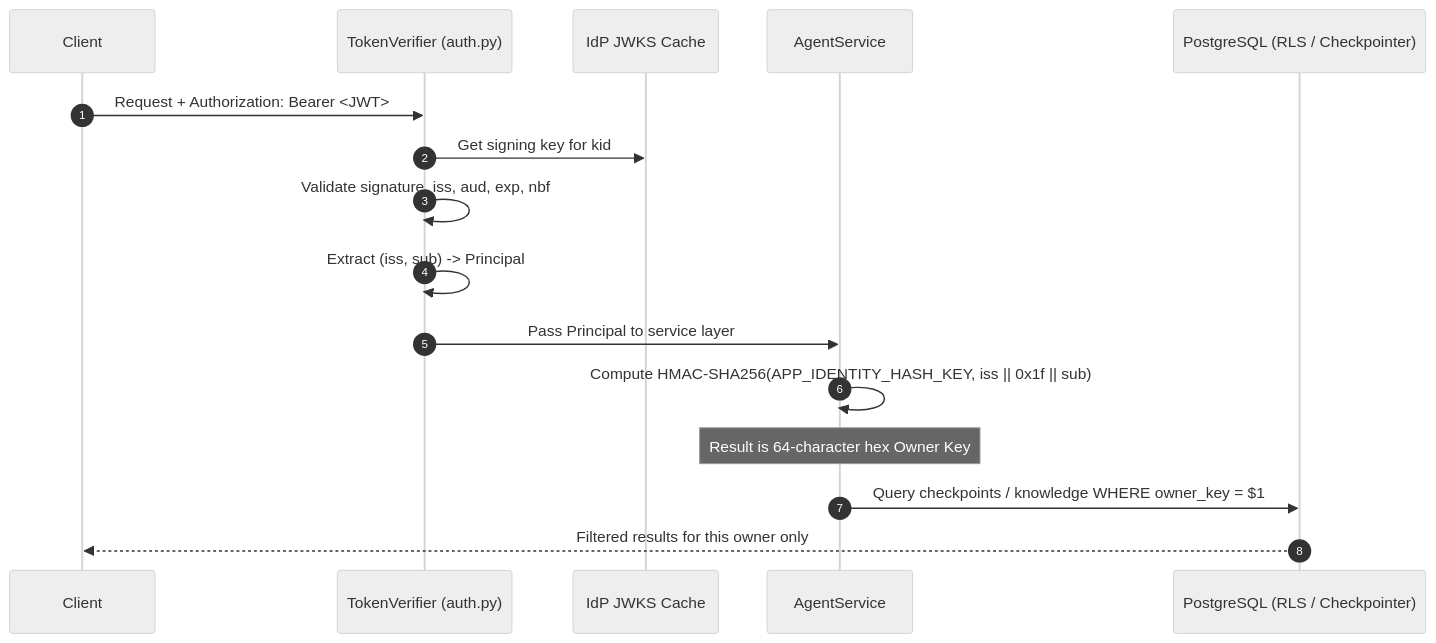
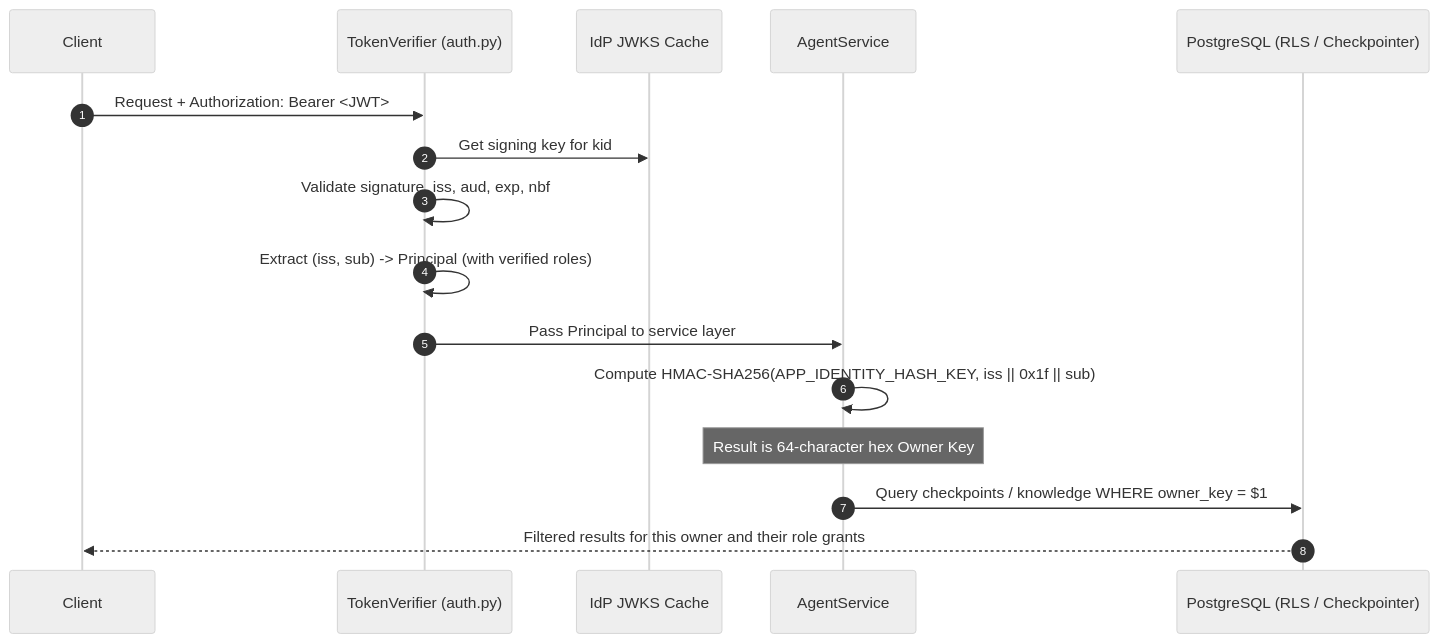
Before and after one commit to Md-Nisar/neuron: the diagram in docs/product_documentation/how-to/authentication-and-authorization.md, drawn with Mermaid (neutral theme). The commit also changed other lines of this file and 16 other files, not shown here.

````diff
--- a/docs/product_documentation/how-to/authentication-and-authorization.md
+++ b/docs/product_documentation/how-to/authentication-and-authorization.md
@@ -170,19 +182,19 @@
 ```mermaid
 sequenceDiagram
     autonumber
     participant Client
     participant TokenVerifier as TokenVerifier (auth.py)
     participant JWKS as IdP JWKS Cache
     participant Service as AgentService
     participant DB as PostgreSQL (RLS / Checkpointer)
 
     Client->>TokenVerifier: Request + Authorization: Bearer <JWT>
     TokenVerifier->>JWKS: Get signing key for kid
     TokenVerifier->>TokenVerifier: Validate signature, iss, aud, exp, nbf
-    TokenVerifier->>TokenVerifier: Extract (iss, sub) -> Principal
+    TokenVerifier->>TokenVerifier: Extract (iss, sub) -> Principal (with verified roles)
     TokenVerifier->>Service: Pass Principal to service layer
     Service->>Service: Compute HMAC-SHA256(APP_IDENTITY_HASH_KEY, iss || 0x1f || sub)
     Note over Service: Result is 64-character hex Owner Key
     Service->>DB: Query checkpoints / knowledge WHERE owner_key = $1
-    DB-->>Client: Filtered results for this owner only
+    DB-->>Client: Filtered results for this owner and their role grants
 ```
````
